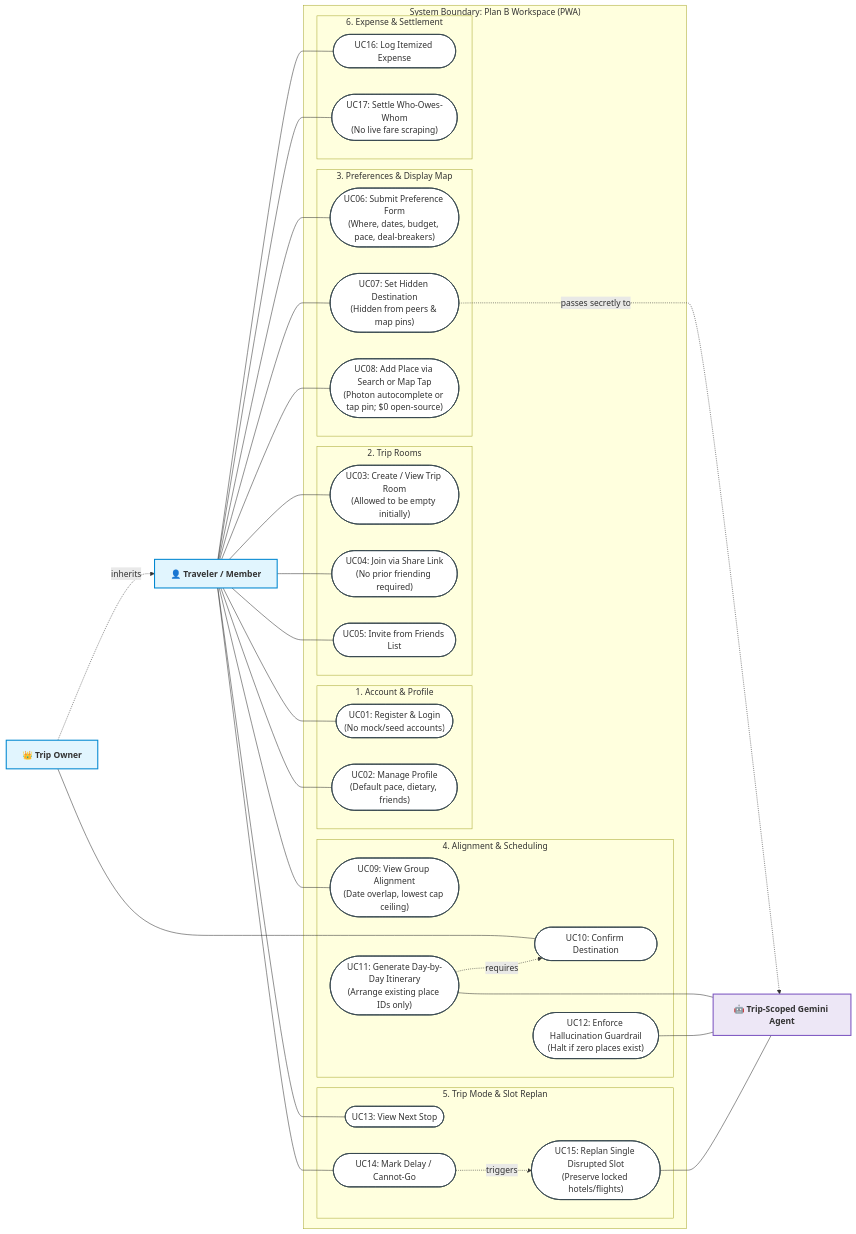
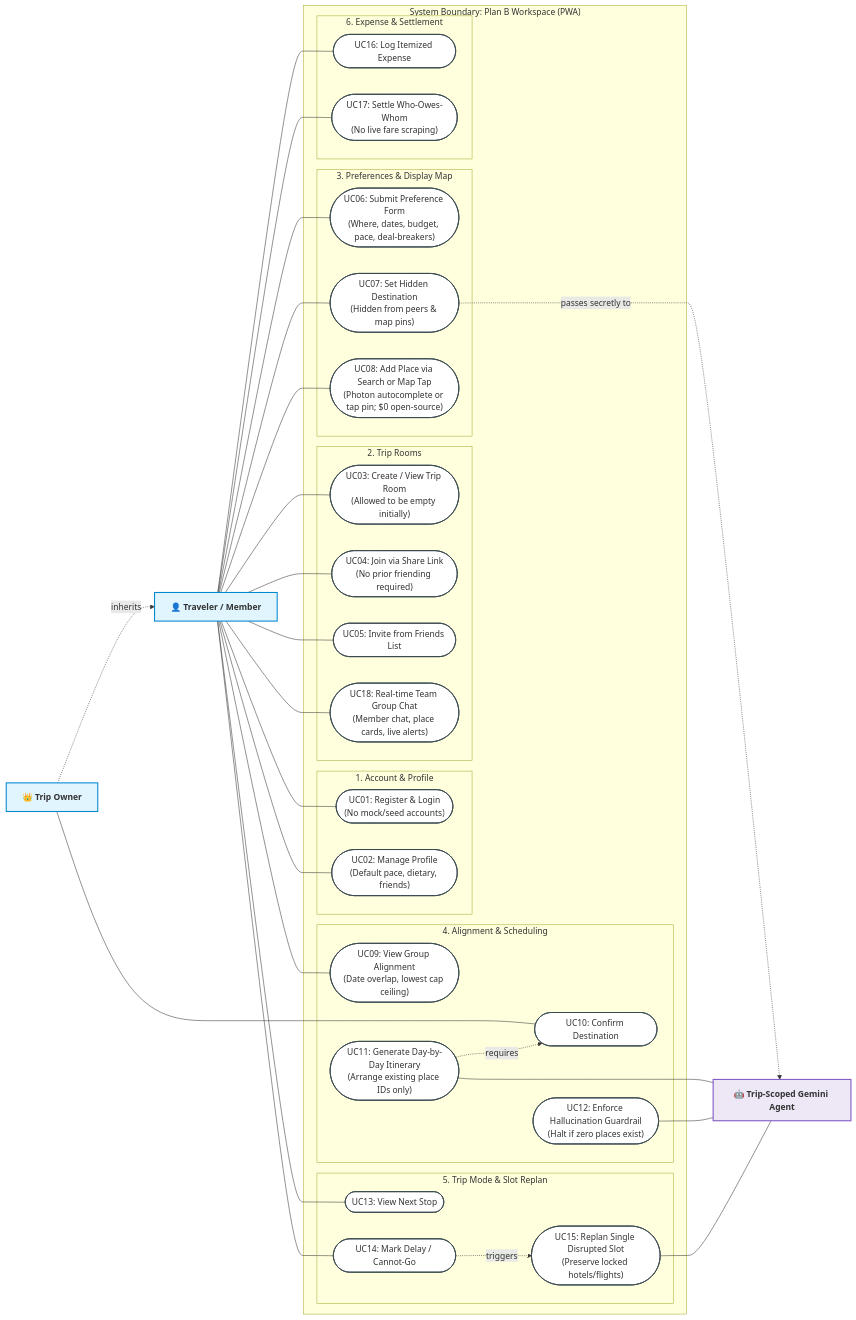
The second of 7 diagrams in docs/ideation.md (nlzce/We-are-the-champions_Plan-B), drawn with Mermaid before and after one commit. The commit also changed other lines of this file and 2 other files, not shown here.

Commit message:
feat: add real-time team group chat and 6-tab PWA navigation across all documentation

````diff
--- a/docs/ideation.md
+++ b/docs/ideation.md
@@ -58,73 +58,75 @@
 ```mermaid
 flowchart LR
   classDef actor fill:#e1f5fe,stroke:#0288d1,stroke-width:2px,font-weight:bold;
   classDef usecase fill:#ffffff,stroke:#37474f,stroke-width:1.5px;
   classDef system fill:#f8f9fa,stroke:#455a64,stroke-width:2px;
   classDef ai fill:#ede7f6,stroke:#7e57c2,stroke-width:2px,font-weight:bold;
 
   Traveler["👤 Traveler / Member"]:::actor
   Owner["👑 Trip Owner"]:::actor
   Gemini["🤖 Trip-Scoped Gemini Agent"]:::ai
 
   Owner -.->|inherits| Traveler
 
   subgraph Boundary["System Boundary: Plan B Workspace (PWA)"]
     subgraph UC_Auth["1. Account & Profile"]
       UC01(["UC01: Register & Login<br/>(No mock/seed accounts)"]):::usecase
       UC02(["UC02: Manage Profile<br/>(Default pace, dietary, friends)"]):::usecase
     end
 
     subgraph UC_Room["2. Trip Rooms"]
       UC03(["UC03: Create / View Trip Room<br/>(Allowed to be empty initially)"]):::usecase
       UC04(["UC04: Join via Share Link<br/>(No prior friending required)"]):::usecase
       UC05(["UC05: Invite from Friends List"]):::usecase
+      UC18(["UC18: Real-time Team Group Chat<br/>(Member chat, place cards, live alerts)"]):::usecase
     end
 
     subgraph UC_Prefs["3. Preferences & Display Map"]
       UC06(["UC06: Submit Preference Form<br/>(Where, dates, budget, pace, deal-breakers)"]):::usecase
       UC07(["UC07: Set Hidden Destination<br/>(Hidden from peers & map pins)"]):::usecase
       UC08(["UC08: Add Place via Search or Map Tap<br/>(Photon autocomplete or tap pin; $0 open-source)"]):::usecase
     end
 
     subgraph UC_Plan["4. Alignment & Scheduling"]
       UC09(["UC09: View Group Alignment<br/>(Date overlap, lowest cap ceiling)"]):::usecase
       UC10(["UC10: Confirm Destination"]):::usecase
       UC11(["UC11: Generate Day-by-Day Itinerary<br/>(Arrange existing place IDs only)"]):::usecase
       UC12(["UC12: Enforce Hallucination Guardrail<br/>(Halt if zero places exist)"]):::usecase
     end
 
     subgraph UC_Trip["5. Trip Mode & Slot Replan"]
       UC13(["UC13: View Next Stop"]):::usecase
       UC14(["UC14: Mark Delay / Cannot-Go"]):::usecase
       UC15(["UC15: Replan Single Disrupted Slot<br/>(Preserve locked hotels/flights)"]):::usecase
     end
 
     subgraph UC_Money["6. Expense & Settlement"]
       UC16(["UC16: Log Itemized Expense"]):::usecase
       UC17(["UC17: Settle Who-Owes-Whom<br/>(No live fare scraping)"]):::usecase
     end
   end
 
   Traveler --- UC01
   Traveler --- UC02
   Traveler --- UC03
   Traveler --- UC04
   Traveler --- UC05
   Traveler --- UC06
   Traveler --- UC07
   Traveler --- UC08
   Traveler --- UC09
   Traveler --- UC13
   Traveler --- UC14
   Traveler --- UC16
   Traveler --- UC17
+  Traveler --- UC18
 
   Owner --- UC10
 
   UC07 -.->|passes secretly to| Gemini
   UC11 -.->|requires| UC10
   UC11 --- Gemini
   UC12 --- Gemini
   UC14 -.->|triggers| UC15
   UC15 --- Gemini
 ```
````
